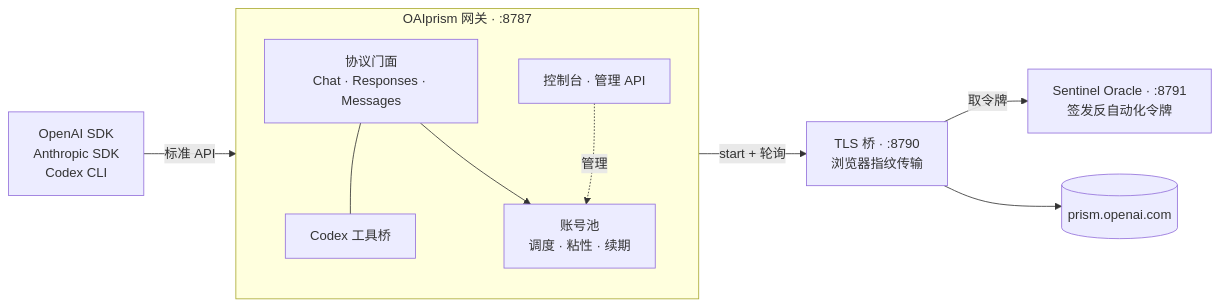
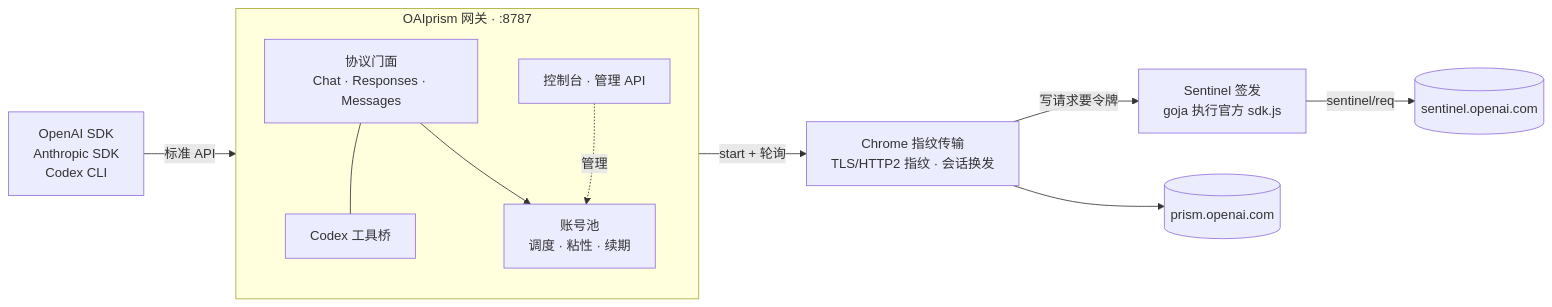
Before and after one commit to alanbulan/oai-prism: the diagram in README.md, drawn with Mermaid. The commit also changed other lines of this file and 55 other files, not shown here.

First line of the commit message:
功能：后端纯 Go 单进程 —— Sentinel 令牌进程内签发，去掉 8790 TLS 桥与 8791 浏览器 oracle

````diff
--- a/README.md
+++ b/README.md
@@ -196,24 +196,26 @@
 ```mermaid
 flowchart LR
     C["OpenAI SDK<br/>Anthropic SDK<br/>Codex CLI"]
 
     subgraph GW["OAIprism 网关 · :8787"]
         direction TB
         F["协议门面<br/>Chat · Responses · Messages"]
         T["Codex 工具桥"]
         P["账号池<br/>调度 · 粘性 · 续期"]
         D["控制台 · 管理 API"]
     end
 
-    B["TLS 桥 · :8790<br/>浏览器指纹传输"]
-    O["Sentinel Oracle · :8791<br/>签发反自动化令牌"]
+    B["Chrome 指纹传输<br/>TLS/HTTP2 指纹 · 会话换发"]
+    O["Sentinel 签发<br/>goja 执行官方 sdk.js"]
     U[("prism.openai.com")]
+    S[("sentinel.openai.com")]
 
     C -->|标准 API| F
     F --- T
     F --> P
     D -.->|管理| P
     P -->|start + 轮询| B
-    B -->|取令牌| O
+    B -->|写请求要令牌| O
+    O -->|sentinel/req| S
     B --> U
 ```
````
